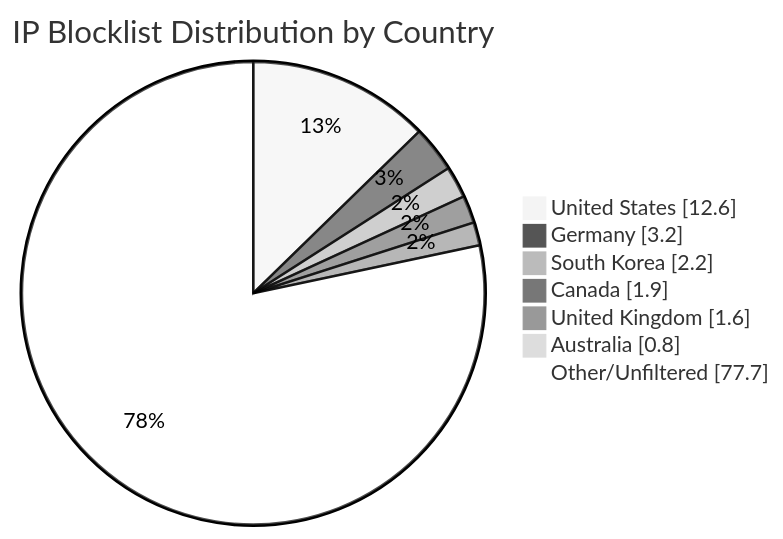
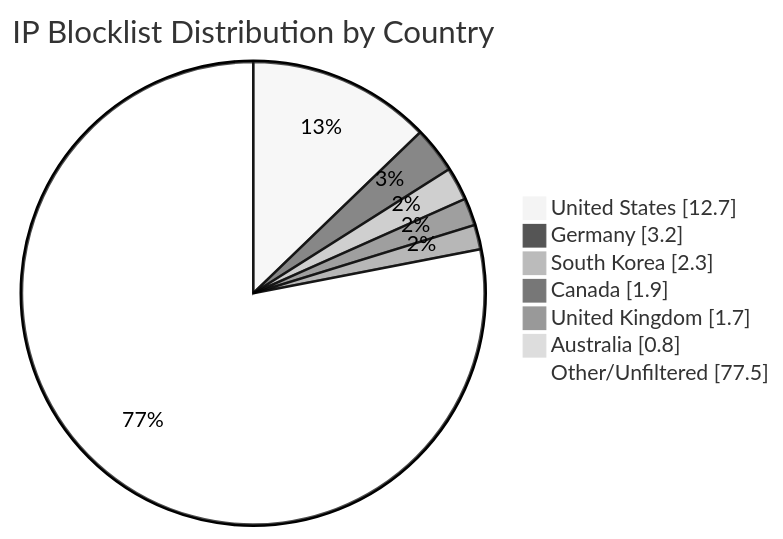
Before and after one commit to MarcusHoltz/ipblocklist-geofiltered-aggregator: the diagram in README.md, drawn with Mermaid (neutral theme). The commit also changed other lines of this file and 9 other files, not shown here.

````diff
--- a/README.md
+++ b/README.md
@@ -34,10 +34,10 @@
 ```mermaid
 pie showData title IP Blocklist Distribution by Country
-"United States" : 12.6
+"United States" : 12.7
 "Germany" : 3.2
-"South Korea" : 2.2
+"South Korea" : 2.3
 "Canada" : 1.9
-"United Kingdom" : 1.6
+"United Kingdom" : 1.7
 "Australia" : 0.8
-"Other/Unfiltered" : 77.7
+"Other/Unfiltered" : 77.5
 ```
````
